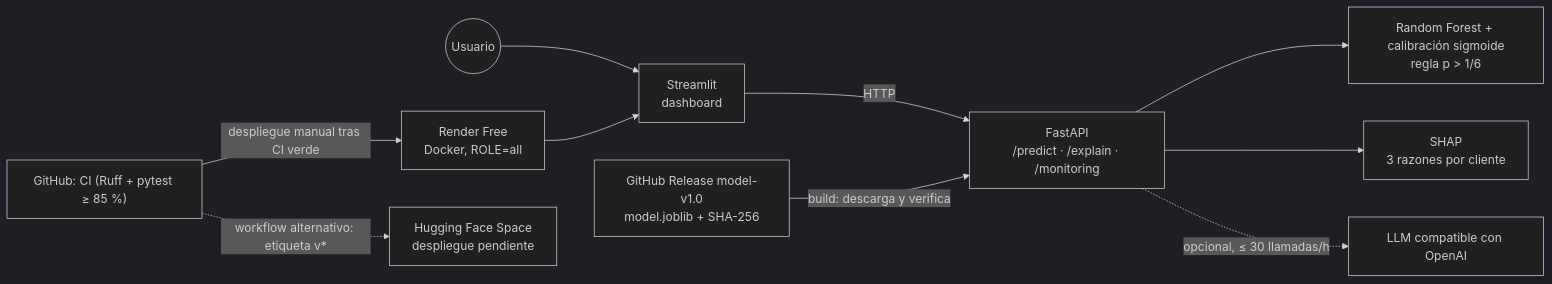
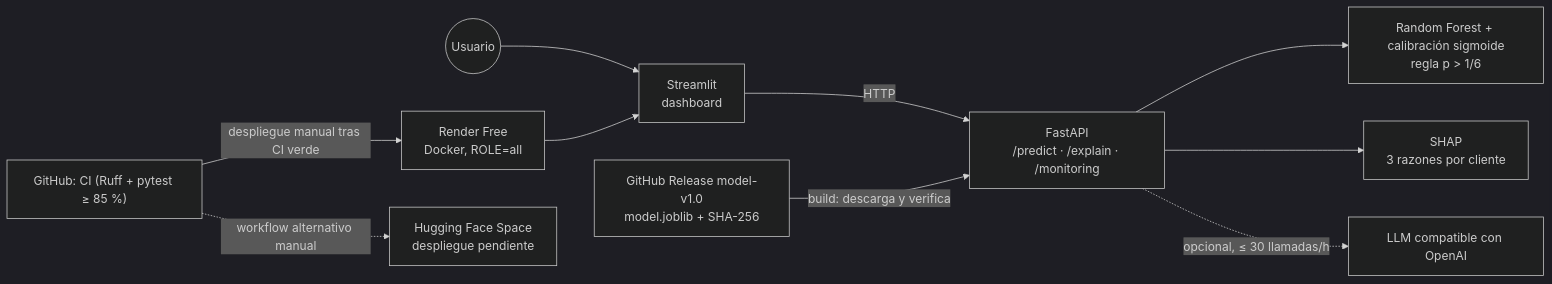
Before and after one commit to darwinjaco/bank-churn-ml: the first of 2 diagrams in README.md, drawn with Mermaid (dark theme). The commit also changed other lines of this file and 12 other files, not shown here.

````diff
--- a/README.md
+++ b/README.md
@@ -39,12 +39,12 @@
 ```mermaid
 flowchart LR
     U((Usuario)) --> ST["Streamlit<br/>dashboard"]
     ST -- HTTP --> API["FastAPI<br/>/predict · /explain · /monitoring"]
     API --> M["Random Forest + calibración sigmoide<br/>regla p &gt; 1/6"]
     API --> SH["SHAP<br/>3 razones por cliente"]
     API -. "opcional, ≤ 30 llamadas/h" .-> LLM["LLM compatible con OpenAI"]
     REL["GitHub Release model-v1.0<br/>model.joblib + SHA-256"] -- "build: descarga y verifica" --> API
     GH["GitHub: CI (Ruff + pytest ≥ 85 %)"] -- "despliegue manual tras CI verde" --> RD["Render Free<br/>Docker, ROLE=all"]
     RD --> ST
-    GH -. "workflow alternativo: etiqueta v*" .-> HF["Hugging Face Space<br/>despliegue pendiente"]
+    GH -. "workflow alternativo manual" .-> HF["Hugging Face Space<br/>despliegue pendiente"]
 ```
````
